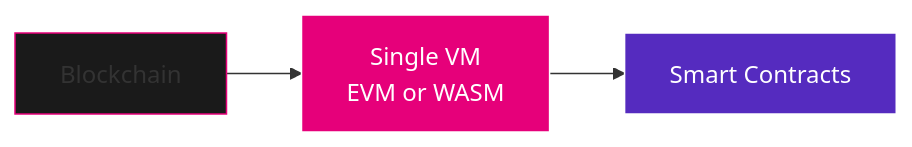
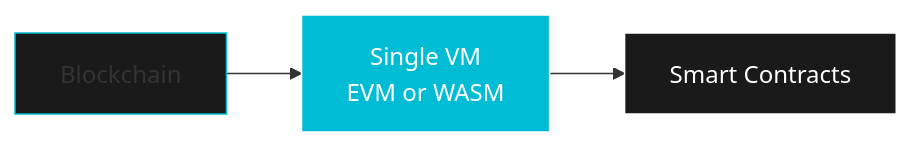
The first of 5 diagrams in slides/evm-tooling-development-setup.md (openguild-labs/polkadot-codecamp), drawn with Mermaid before and after one commit. The commit also changed other lines of this file and 6 other files, not shown here.

````diff
--- a/slides/evm-tooling-development-setup.md
+++ b/slides/evm-tooling-development-setup.md
@@ -48,9 +48,9 @@
 ```mermaid
 graph LR
     BC[Blockchain] --> VM[Single VM<br/>EVM or WASM]
     VM --> SC[Smart Contracts]
 
-    style BC fill:#1a1a1a,stroke:#E6007A
-    style VM fill:#E6007A,stroke:#fff,color:#fff
-    style SC fill:#552BBF,stroke:#fff,color:#fff
+    style BC fill:#1a1a1a,stroke:#00BCD4
+    style VM fill:#00BCD4,stroke:#fff,color:#fff
+    style SC fill:#1a1a1a,stroke:#fff,color:#fff
 ```
````
